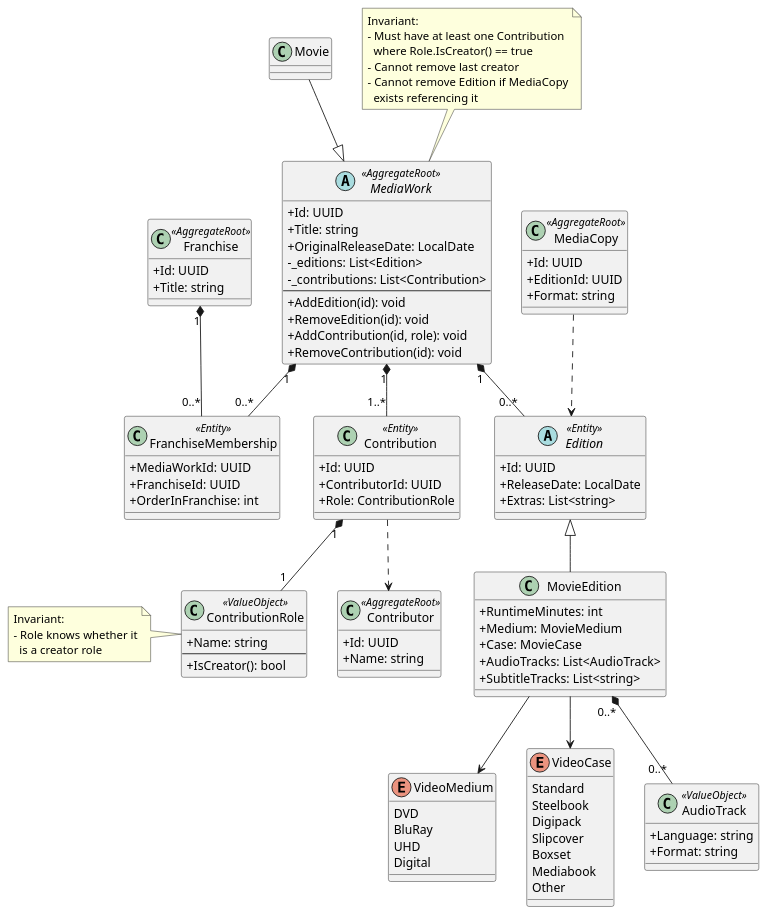
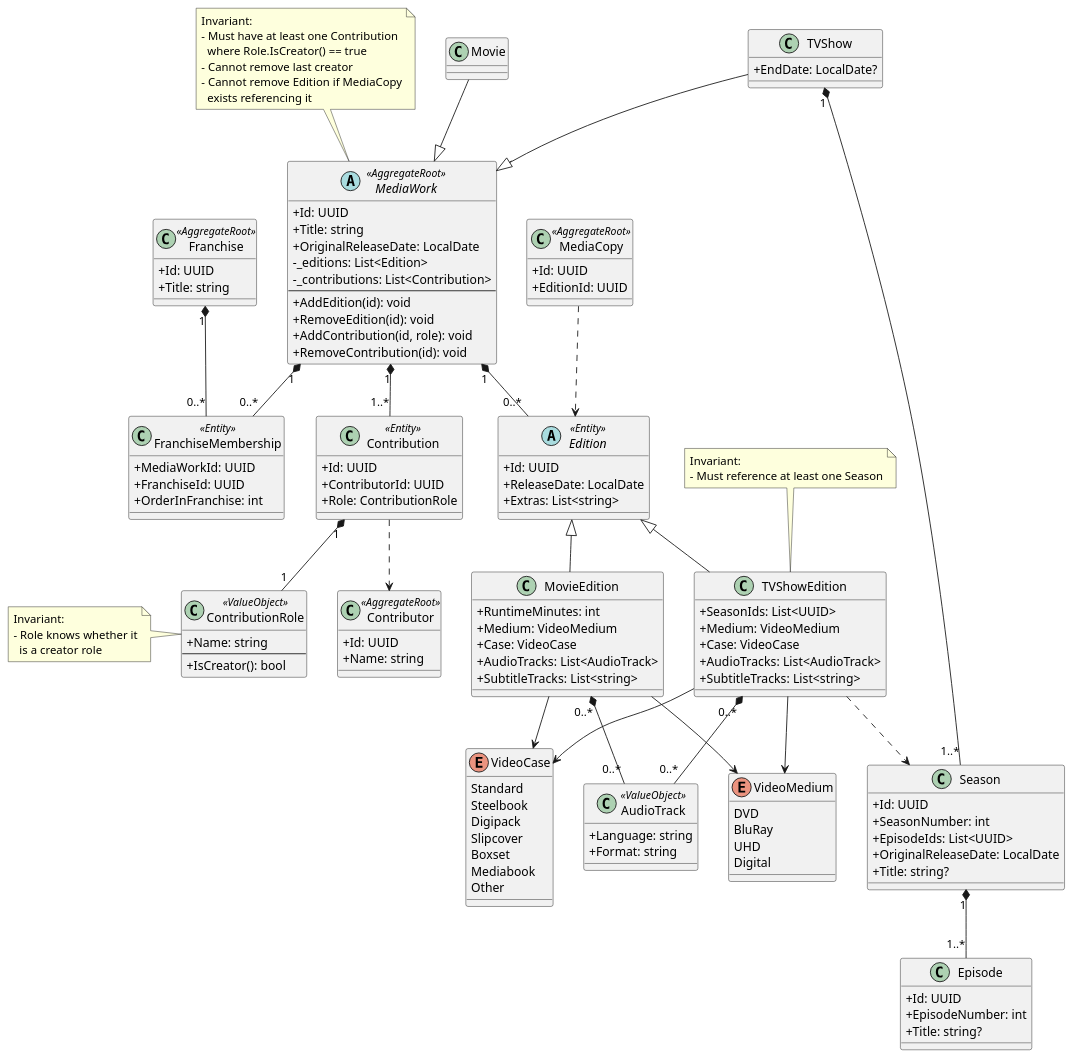
One commit to yantue/colleq changed the diagram in docs/uml/domain-work.puml. Above: the diagram before and after it, drawn with PlantUML.

Commit message:
docs: Add TVShow MediaWork to domain model

```diff
--- a/docs/uml/domain-work.puml
+++ b/docs/uml/domain-work.puml
@@ -1,119 +1,163 @@
 @startuml
 skinparam classAttributeIconSize 0
 
 class Franchise <<AggregateRoot>> {
     +Id: UUID
     +Title: string
 }
 
 class FranchiseMembership <<Entity>> {
     +MediaWorkId: UUID
     +FranchiseId: UUID
     +OrderInFranchise: int
 }
 
 abstract class MediaWork <<AggregateRoot>> {
     +Id: UUID
     +Title: string
     +OriginalReleaseDate: LocalDate
     -_editions: List<Edition>
     -_contributions: List<Contribution>
     --
     +AddEdition(id): void
     +RemoveEdition(id): void
     +AddContribution(id, role): void
     +RemoveContribution(id): void
 }
 
 class Movie
+class TVShow {
+    +EndDate: LocalDate?
+}
 
 abstract class Edition <<Entity>> {
     +Id: UUID
     +ReleaseDate: LocalDate
     +Extras: List<string>
 }
 
 class MovieEdition {
     +RuntimeMinutes: int
-    +Medium: MovieMedium
-    +Case: MovieCase
+    +Medium: VideoMedium
+    +Case: VideoCase
+    +AudioTracks: List<AudioTrack>
+    +SubtitleTracks: List<string>
+}
+
+class Season {
+    +Id: UUID
+    +SeasonNumber: int
+    +EpisodeIds: List<UUID>
+    +OriginalReleaseDate: LocalDate
+    +Title: string?
+}
+
+class Episode {
+    +Id: UUID
+    +EpisodeNumber: int
+    +Title: string?
+}
+
+Season "1" *-- "1..*" Episode
+
+class TVShowEdition {
+    +SeasonIds: List<UUID>
+    +Medium: VideoMedium
+    +Case: VideoCase
     +AudioTracks: List<AudioTrack>
     +SubtitleTracks: List<string>
 }
 
 enum VideoMedium {
     DVD
     BluRay
     UHD
     Digital
 }
 
 enum VideoCase {
     Standard
     Steelbook
     Digipack
     Slipcover
     Boxset
     Mediabook
     Other
 }
 
 class AudioTrack <<ValueObject>> {
     +Language: string
     +Format: string
 }
 
 Franchise "1" *-- "0..*" FranchiseMembership
+
 MediaWork "1" *-- "0..*" FranchiseMembership
 MediaWork "1" *-- "0..*" Edition
+
 Movie --|> MediaWork
+TVShow --|> MediaWork
+
 Edition <|-- MovieEdition
+Edition <|-- TVShowEdition
+
 MovieEdition "0..*" *-- "0..*" AudioTrack
 MovieEdition --> VideoMedium
 MovieEdition --> VideoCase
+
+TVShow "1" *-- "1..*" Season
+
+TVShowEdition ..> Season
+TVShowEdition "0..*" *-- "0..*" AudioTrack
+TVShowEdition --> VideoMedium
+TVShowEdition --> VideoCase
 
 class Contributor <<AggregateRoot>> {
     +Id: UUID
     +Name: string
 }
 
 class ContributionRole <<ValueObject>> {
     +Name: string
     --
     +IsCreator(): bool
 }
 
 note left of ContributionRole
 Invariant:
 - Role knows whether it
   is a creator role
 end note
 
 class Contribution <<Entity>> {
     +Id: UUID
     +ContributorId: UUID
     +Role: ContributionRole
 }
 
 MediaWork "1" *-- "1..*" Contribution
 Contribution "1" *-- "1" ContributionRole
 Contribution ..> Contributor
 
 note top of MediaWork
 Invariant:
 - Must have at least one Contribution
   where Role.IsCreator() == true
 - Cannot remove last creator
 - Cannot remove Edition if MediaCopy
   exists referencing it
 end note
 
+note top of TVShowEdition
+Invariant:
+- Must reference at least one Season
+end note
+
 class MediaCopy <<AggregateRoot>> {
     +Id: UUID
     +EditionId: UUID
-    +Format: string
 }
 
 MediaCopy ..> Edition
 
 @enduml
```
